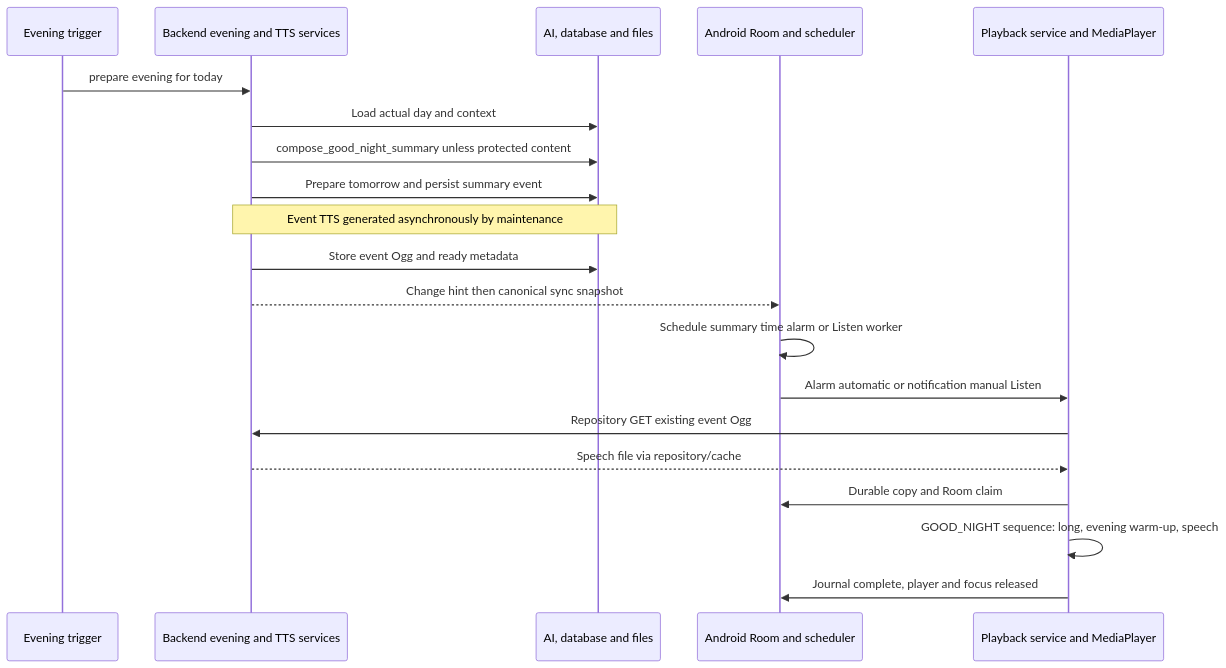
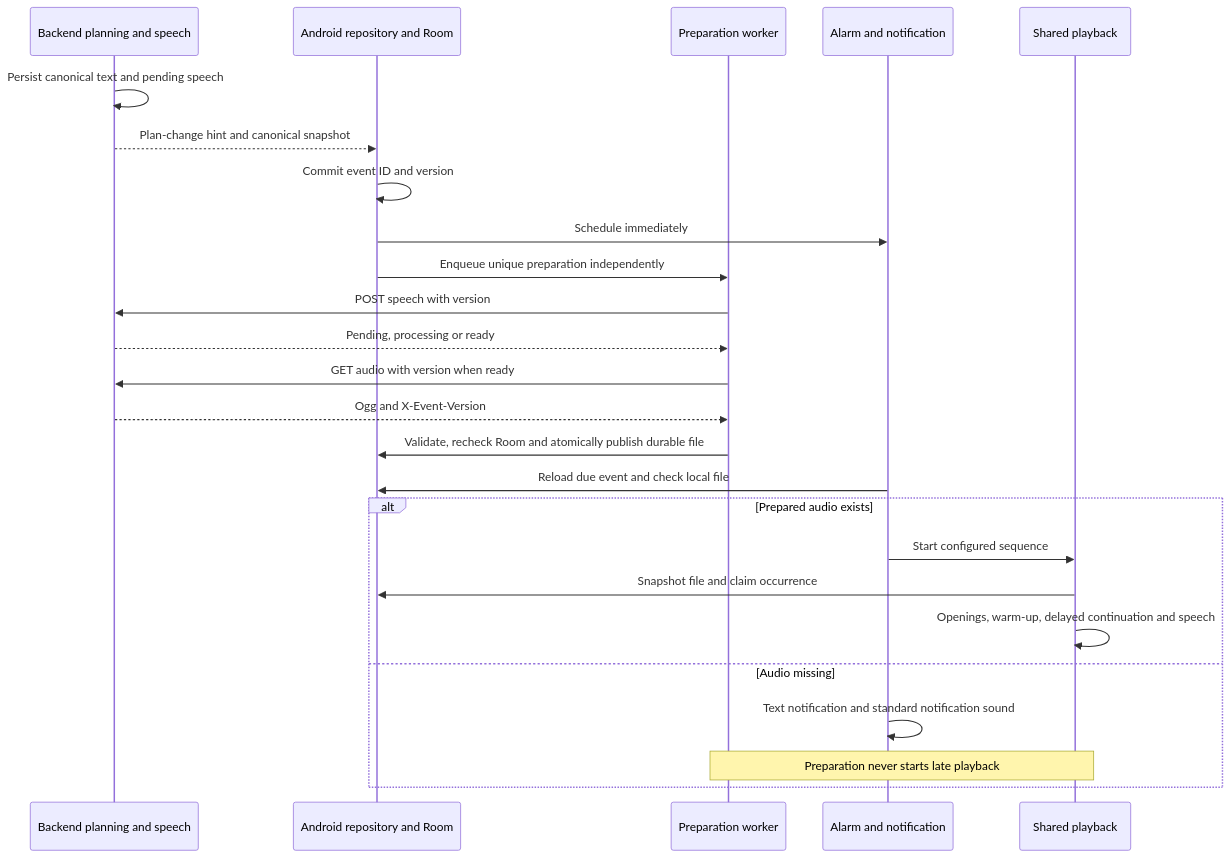
The first of 6 diagrams in docs/project_source_of_truth/client/AUDIO_FLOW_TRACE.md (fesnguyen/hello-butler), drawn with Mermaid before and after one commit. The commit also changed other lines of this file and 24 other files, not shown here.

Commit message:
Prepare scheduled event audio ahead of alarms for offline playback

````diff
--- a/docs/project_source_of_truth/client/AUDIO_FLOW_TRACE.md
+++ b/docs/project_source_of_truth/client/AUDIO_FLOW_TRACE.md
@@ -169,22 +104,27 @@
 ```mermaid
 sequenceDiagram
-    participant T as Evening trigger
-    participant B as Backend evening and TTS services
-    participant D as AI, database and files
-    participant R as Android Room and scheduler
-    participant P as Playback service and MediaPlayer
-    T->>B: prepare evening for today
-    B->>D: Load actual day and context
-    B->>D: compose_good_night_summary unless protected content
-    B->>D: Prepare tomorrow and persist summary event
-    Note over B,D: Event TTS generated asynchronously by maintenance
-    B->>D: Store event Ogg and ready metadata
-    B-->>R: Change hint then canonical sync snapshot
-    R->>R: Schedule summary time alarm or Listen worker
-    R->>P: Alarm automatic or notification manual Listen
-    P->>B: Repository GET existing event Ogg
-    B-->>P: Speech file via repository/cache
-    P->>R: Durable copy and Room claim
-    P->>P: GOOD_NIGHT sequence: long, evening warm-up, speech
-    P->>R: Journal complete, player and focus released
+    participant B as Backend planning and speech
+    participant R as Android repository and Room
+    participant W as Preparation worker
+    participant A as Alarm and notification
+    participant P as Shared playback
+    B->>B: Persist canonical text and pending speech
+    B-->>R: Plan-change hint and canonical snapshot
+    R->>R: Commit event ID and version
+    R->>A: Schedule immediately
+    R->>W: Enqueue unique preparation independently
+    W->>B: POST speech with version
+    B-->>W: Pending, processing or ready
+    W->>B: GET audio with version when ready
+    B-->>W: Ogg and X-Event-Version
+    W->>R: Validate, recheck Room and atomically publish durable file
+    A->>R: Reload due event and check local file
+    alt Prepared audio exists
+        A->>P: Start configured sequence
+        P->>R: Snapshot file and claim occurrence
+        P->>P: Openings, warm-up, delayed continuation and speech
+    else Audio missing
+        A->>A: Text notification and standard notification sound
+        Note over W,P: Preparation never starts late playback
+    end
 ```
````
